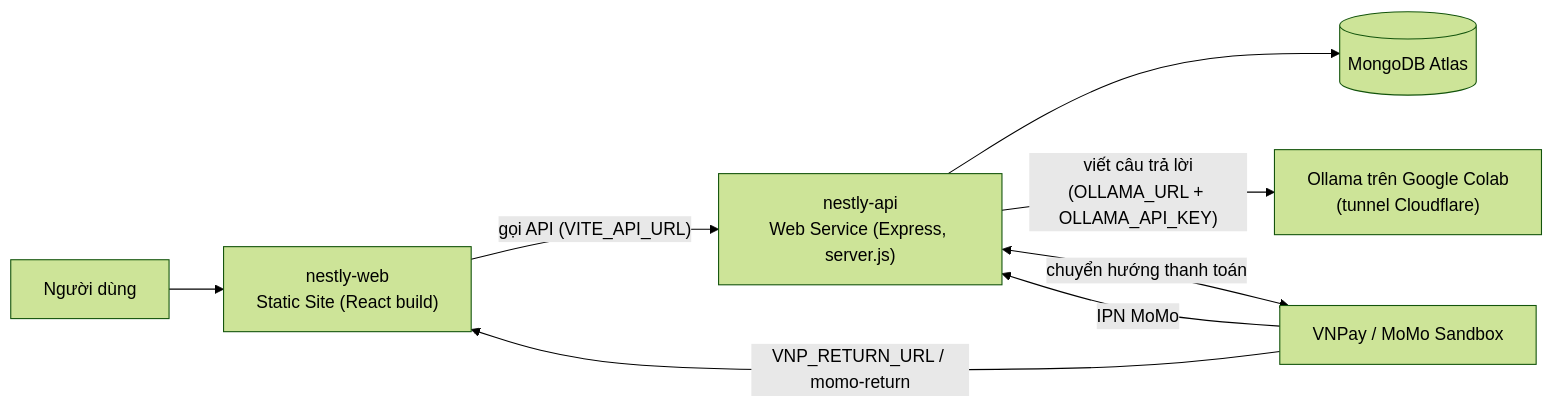
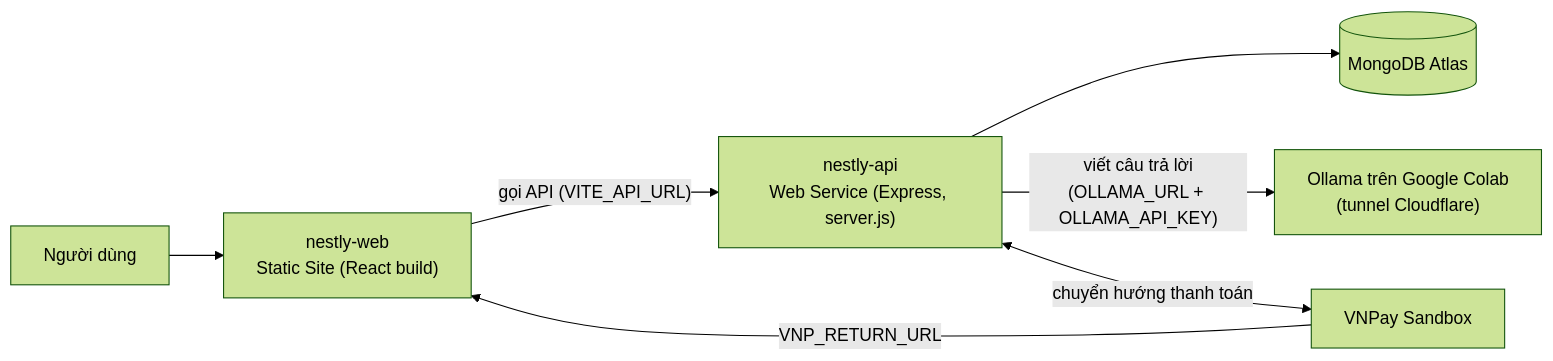
The diagram in docs/deploy-render.md (Guarz/010100086404-DoAnChuyenNganh), drawn with Mermaid (forest theme) before and after one commit. The commit also changed other lines of this file and 20 other files, not shown here.

First line of the commit message:
Bỏ thanh toán MoMo; thêm tài liệu luồng xử lý theo vai trò

````diff
--- a/docs/deploy-render.md
+++ b/docs/deploy-render.md
@@ -5,10 +5,9 @@
 ```mermaid
 flowchart LR
     U[Người dùng] --> FE["nestly-web<br/>Static Site (React build)"]
     FE -- "gọi API (VITE_API_URL)" --> BE["nestly-api<br/>Web Service (Express, server.js)"]
     BE --> DB[(MongoDB Atlas)]
     BE -- "viết câu trả lời<br/>(OLLAMA_URL + OLLAMA_API_KEY)" --> O["Ollama trên Google Colab<br/>(tunnel Cloudflare)"]
-    BE <-- "chuyển hướng thanh toán" --> V[VNPay / MoMo Sandbox]
-    V -- "VNP_RETURN_URL / momo-return" --> FE
-    V -- "IPN MoMo" --> BE
+    BE <-- "chuyển hướng thanh toán" --> V[VNPay Sandbox]
+    V -- "VNP_RETURN_URL" --> FE
 ```
````
